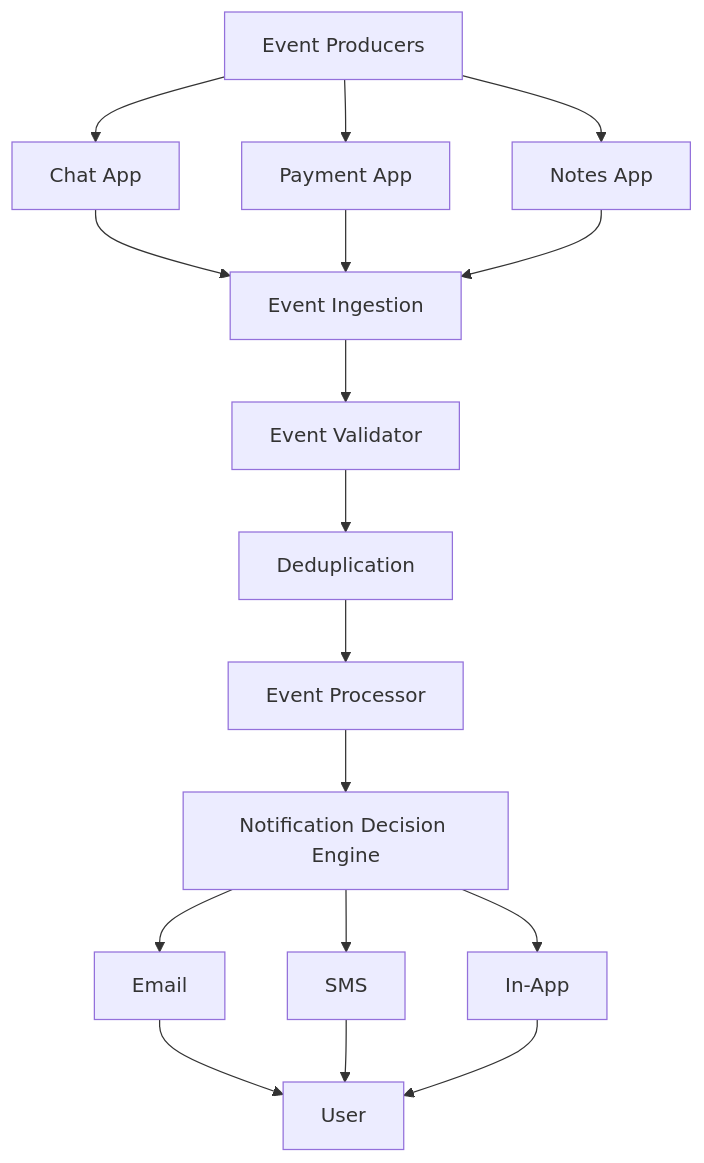
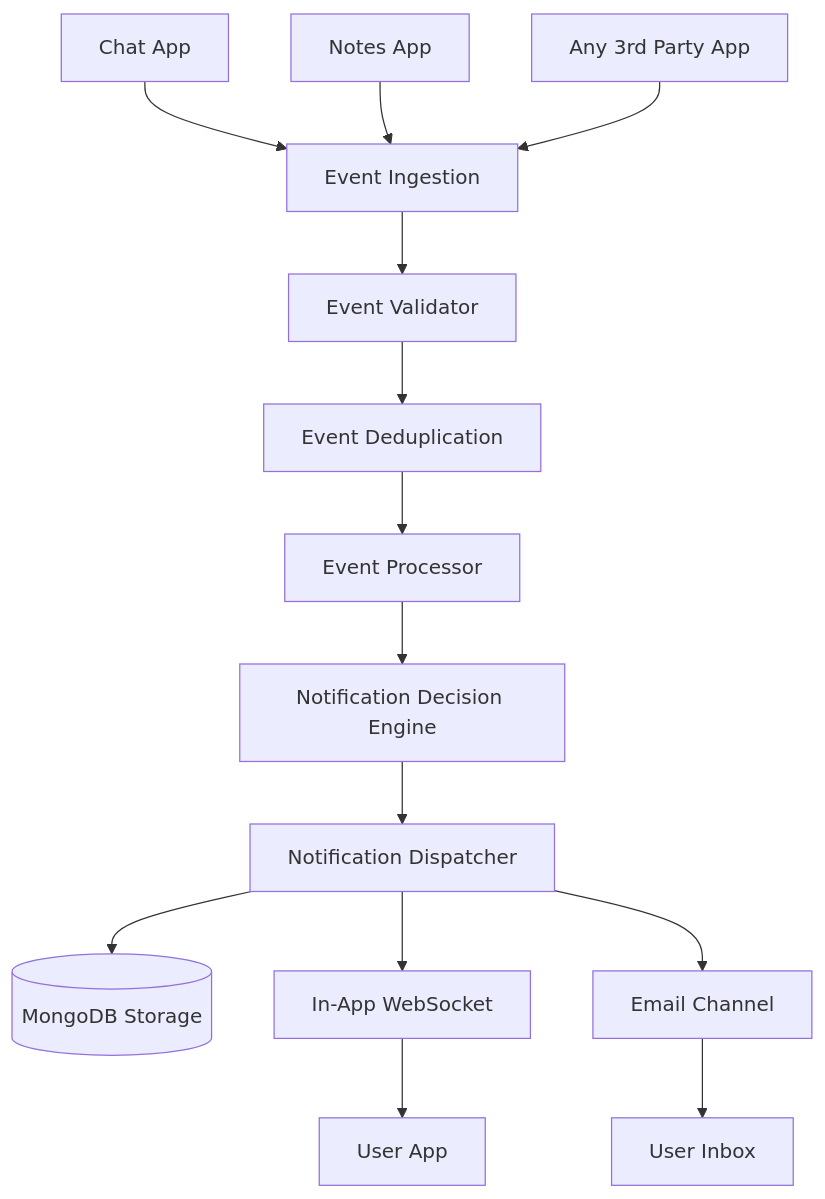
Before and after one commit to priyabratasahu360-dot/Notification-engine: the diagram in README.md, drawn with Mermaid. The commit also changed other lines of this file and 24 other files, not shown here.

Commit message:
feat: implement core notification engine with event ingestion, processing, and dispatching

````diff
--- a/README.md
+++ b/README.md
@@ -3,19 +9,16 @@
 ```mermaid
 graph TD;
-    EVENT[Event Producers] --> ChatApp[Chat App];
-    EVENT[Event Producers] --> PaymentApp[Payment App];
-    EVENT[Event Producers] --> NotesApp[Notes App];
     ChatApp[Chat App] --> EventIngestion[Event Ingestion];
-    PaymentApp[Payment App] --> EventIngestion[Event Ingestion];
     NotesApp[Notes App] --> EventIngestion[Event Ingestion];
+    AnyApp[Any 3rd Party App] --> EventIngestion[Event Ingestion];
     EventIngestion[Event Ingestion] --> Validator[Event Validator];
-    Validator[Event Validator] --> Deduplication;
-    Deduplication --> Processor[Event Processor]
-    Processor[Event Processor] --> DecisionEngine[Notification Decision Engine]
-    DecisionEngine[Notification Decision Engine] --> Email
-    DecisionEngine[Notification Decision Engine] --> SMS
-    DecisionEngine[Notification Decision Engine] --> In-App
-    Email --> User
-    SMS --> User
-    In-App --> User
+    Validator[Event Validator] --> Deduplication[Event Deduplication];
+    Deduplication[Event Deduplication] --> Processor[Event Processor];
+    Processor[Event Processor] --> DecisionEngine[Notification Decision Engine];
+    DecisionEngine[Notification Decision Engine] --> Dispatcher[Notification Dispatcher];
+    Dispatcher[Notification Dispatcher] --> Database[(MongoDB Storage)];
+    Dispatcher[Notification Dispatcher] --> InApp[In-App WebSocket];
+    Dispatcher[Notification Dispatcher] --> Email[Email Channel];
+    InApp[In-App WebSocket] --> UserApp[User App];
+    Email[Email Channel] --> UserInbox[User Inbox];
 ```
````
